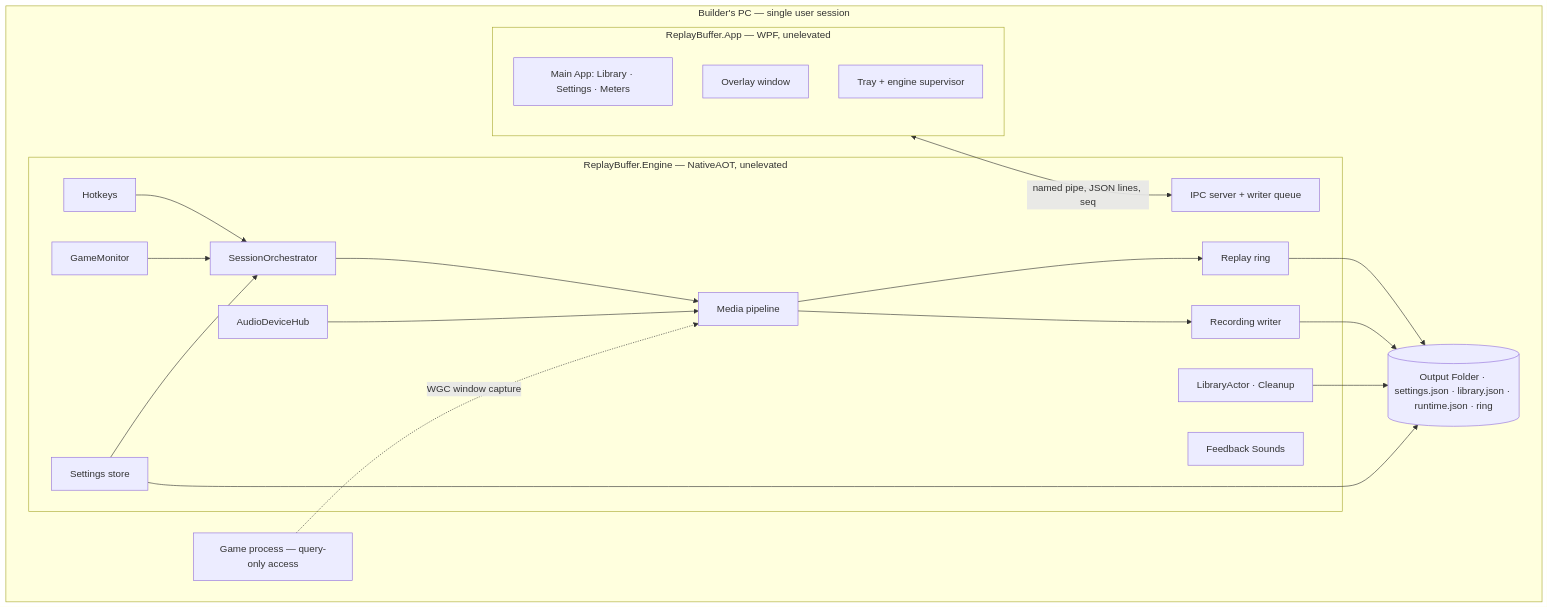
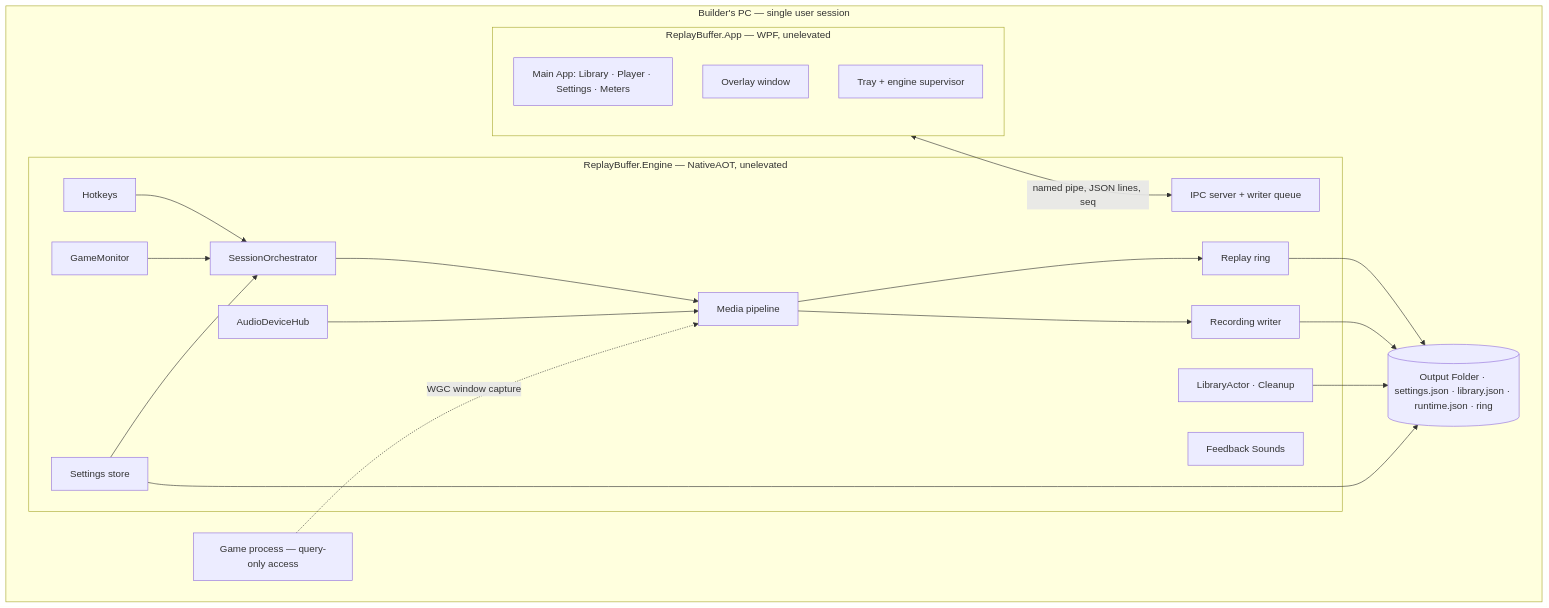
One commit to BI00dsh0t/Encore changed the second of 2 diagrams in _bmad-output/initiative-replay-buffer/architecture-replay-buffer/architecture-replay-buffer.md. Above: the diagram before and after it, drawn with Mermaid. The commit also changed other lines of this file and 2 other files, not shown here.

First line of the commit message:
docs(arch): add ad-27, the in-app player

````diff
--- a/_bmad-output/initiative-replay-buffer/architecture-replay-buffer/architecture-replay-buffer.md
+++ b/_bmad-output/initiative-replay-buffer/architecture-replay-buffer/architecture-replay-buffer.md
@@ -434,38 +482,38 @@
 ```mermaid
 graph TB
   subgraph PC[Builder's PC — single user session]
     subgraph App[ReplayBuffer.App — WPF, unelevated]
-      UI[Main App: Library · Settings · Meters]
+      UI[Main App: Library · Player · Settings · Meters]
       OV[Overlay window]
       TR[Tray + engine supervisor]
     end
     subgraph Eng[ReplayBuffer.Engine — NativeAOT, unelevated]
       IPC[IPC server + writer queue]
       ORC[SessionOrchestrator]
       GM[GameMonitor]
       ADH[AudioDeviceHub]
       PIPE[Media pipeline]
       RING[Replay ring]
       REC[Recording writer]
       HK[Hotkeys]
       SND[Feedback Sounds]
       LIB[LibraryActor · Cleanup]
       SET[Settings store]
     end
     Game[Game process — query-only access]
     FS[(Output Folder · settings.json · library.json · runtime.json · ring)]
   end
   App <-- named pipe, JSON lines, seq --> IPC
   HK --> ORC
   GM --> ORC
   SET --> ORC
   ORC --> PIPE
   ADH --> PIPE
   Game -. WGC window capture .-> PIPE
   PIPE --> RING
   PIPE --> REC
   RING --> FS
   REC --> FS
   LIB --> FS
   SET --> FS
 ```
````
